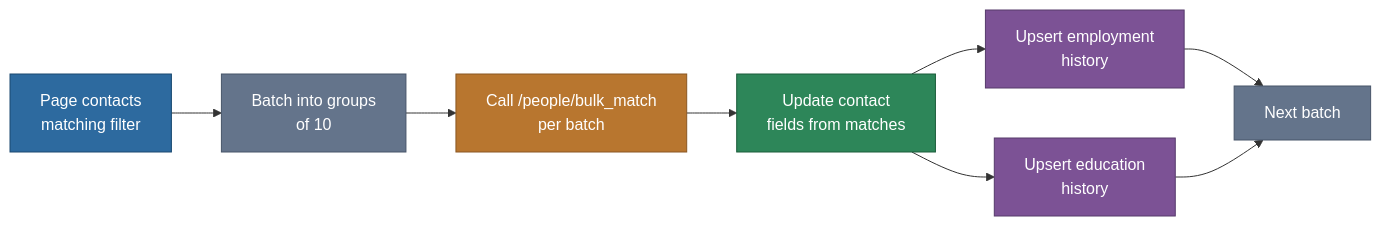
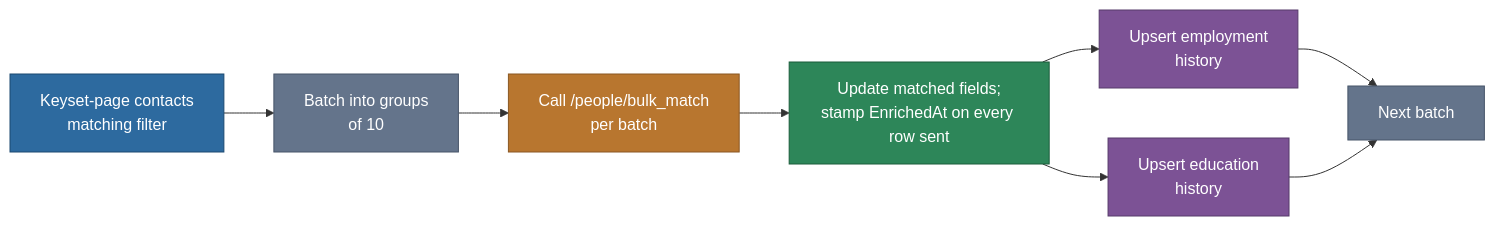
The third of 3 diagrams in packages/Actions/ApolloEnrichment/README.md (MemberJunction/MJ), drawn with Mermaid before and after one commit. The commit also changed other lines of this file and 19 other files, not shown here.

````diff
--- a/packages/Actions/ApolloEnrichment/README.md
+++ b/packages/Actions/ApolloEnrichment/README.md
@@ -92,18 +101,18 @@
 ```mermaid
 flowchart LR
-    Start["Page contacts\nmatching filter"] --> Batch["Batch into groups\nof 10"]
+    Start["Keyset-page contacts\nmatching filter"] --> Batch["Batch into groups\nof 10"]
     Batch --> BulkAPI["Call /people/bulk_match\nper batch"]
-    BulkAPI --> Update["Update contact\nfields from matches"]
+    BulkAPI --> Update["Update matched fields;\nstamp EnrichedAt on every row sent"]
     Update --> EmpHist["Upsert employment\nhistory"]
     Update --> EduHist["Upsert education\nhistory"]
     EmpHist --> NextBatch["Next batch"]
     EduHist --> NextBatch
 
     style Start fill:#2d6a9f,stroke:#1a4971,color:#fff
     style Batch fill:#64748b,stroke:#475569,color:#fff
     style BulkAPI fill:#b8762f,stroke:#8a5722,color:#fff
     style Update fill:#2d8659,stroke:#1a5c3a,color:#fff
     style EmpHist fill:#7c5295,stroke:#563a6b,color:#fff
     style EduHist fill:#7c5295,stroke:#563a6b,color:#fff
     style NextBatch fill:#64748b,stroke:#475569,color:#fff
 ```
````
